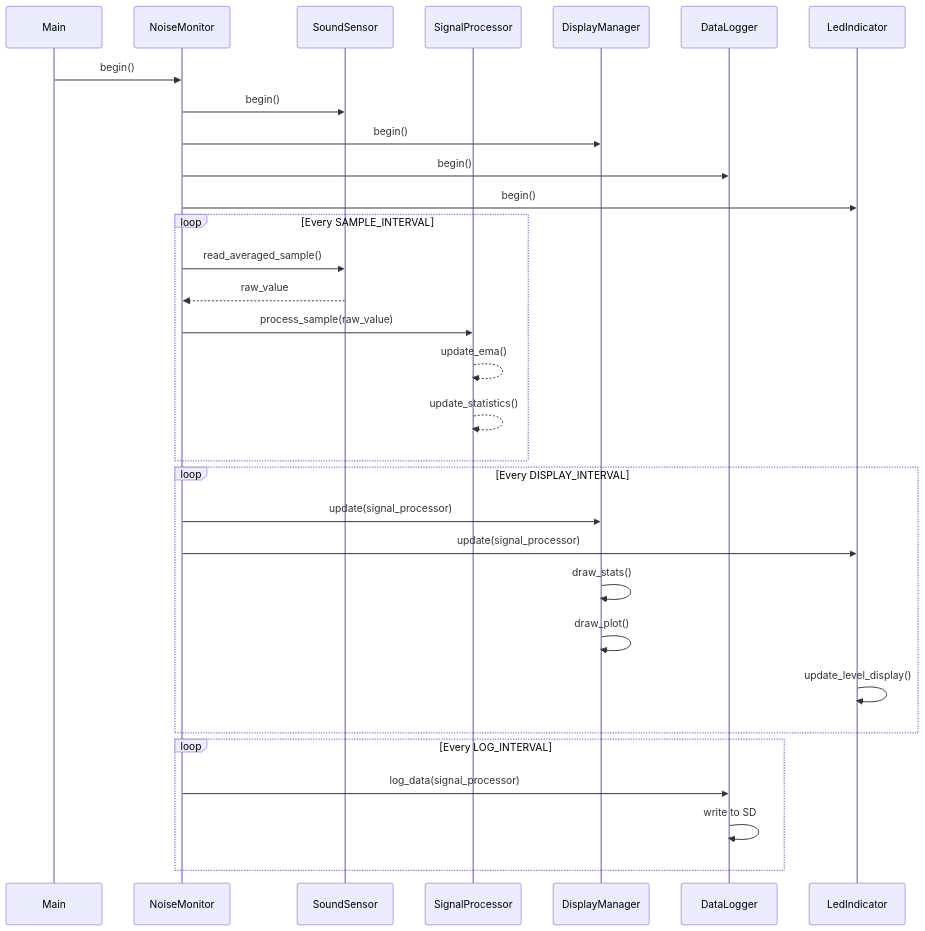
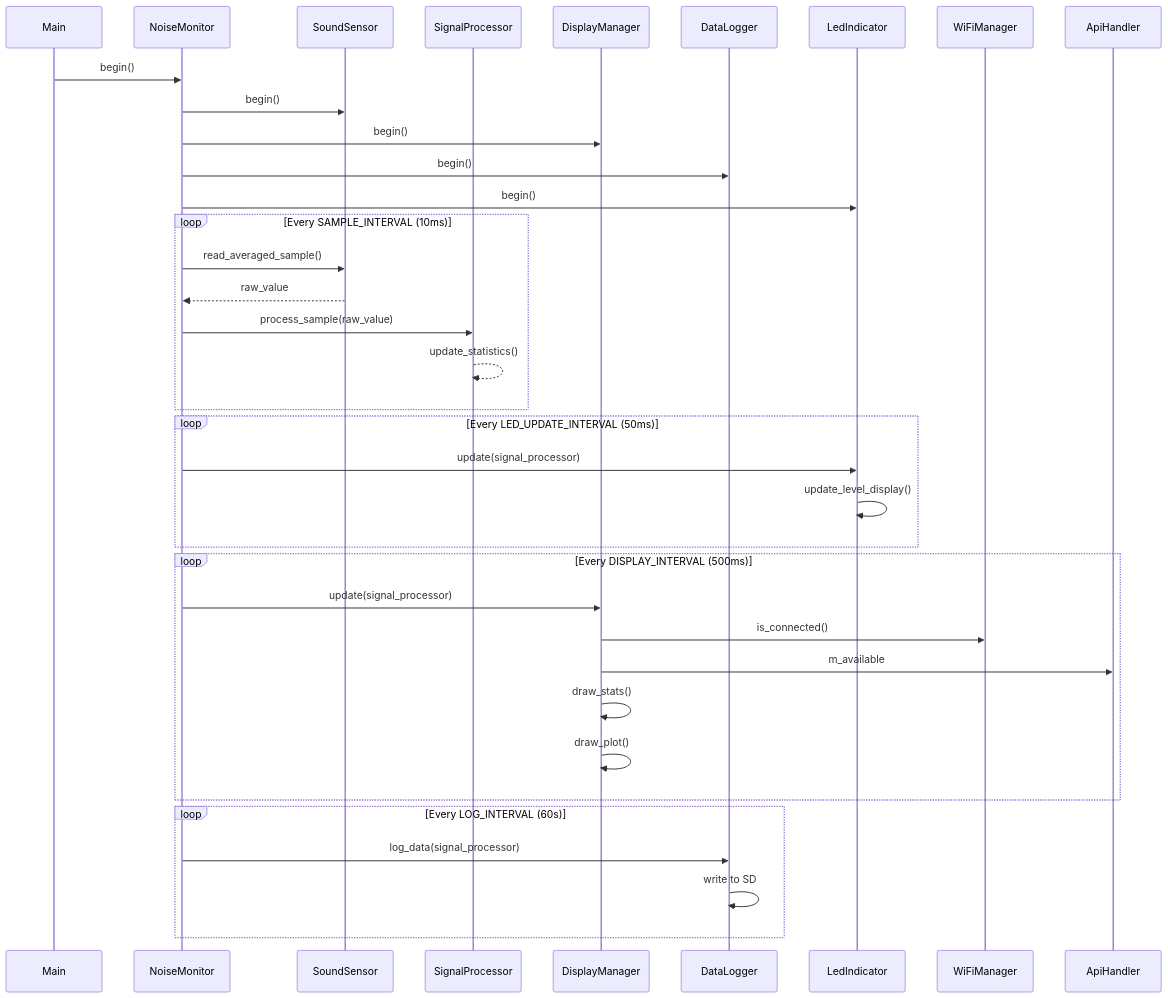
One commit to coloboxp/LoudTruth changed the diagram in doc/dataflow.md. Above: the diagram before and after it, drawn with Mermaid. The commit also changed 8 other files, not shown here.

````diff
--- a/doc/dataflow.md
+++ b/doc/dataflow.md
@@ -3,37 +3,43 @@
 ```mermaid
 sequenceDiagram
 participant Main
 participant NoiseMonitor
 participant SoundSensor
 participant SignalProcessor
 participant DisplayManager
 participant DataLogger
 participant LedIndicator
+participant WiFiManager
+participant ApiHandler
 
     Main->>NoiseMonitor: begin()
     NoiseMonitor->>SoundSensor: begin()
     NoiseMonitor->>DisplayManager: begin()
     NoiseMonitor->>DataLogger: begin()
     NoiseMonitor->>LedIndicator: begin()
 
-    loop Every SAMPLE_INTERVAL
+    loop Every SAMPLE_INTERVAL (10ms)
         NoiseMonitor->>SoundSensor: read_averaged_sample()
         SoundSensor-->>NoiseMonitor: raw_value
         NoiseMonitor->>SignalProcessor: process_sample(raw_value)
-        SignalProcessor-->>SignalProcessor: update_ema()
         SignalProcessor-->>SignalProcessor: update_statistics()
     end
 
-    loop Every DISPLAY_INTERVAL
-        NoiseMonitor->>DisplayManager: update(signal_processor)
+    loop Every LED_UPDATE_INTERVAL (50ms)
         NoiseMonitor->>LedIndicator: update(signal_processor)
-        DisplayManager->>DisplayManager: draw_stats()
-        DisplayManager->>DisplayManager: draw_plot()
         LedIndicator->>LedIndicator: update_level_display()
     end
 
-    loop Every LOG_INTERVAL
+    loop Every DISPLAY_INTERVAL (500ms)
+        NoiseMonitor->>DisplayManager: update(signal_processor)
+        DisplayManager->>WiFiManager: is_connected()
+        DisplayManager->>ApiHandler: m_available
+        DisplayManager->>DisplayManager: draw_stats()
+        DisplayManager->>DisplayManager: draw_plot()
+    end
+
+    loop Every LOG_INTERVAL (60s)
         NoiseMonitor->>DataLogger: log_data(signal_processor)
         DataLogger->>DataLogger: write to SD
     end
 ```
````
